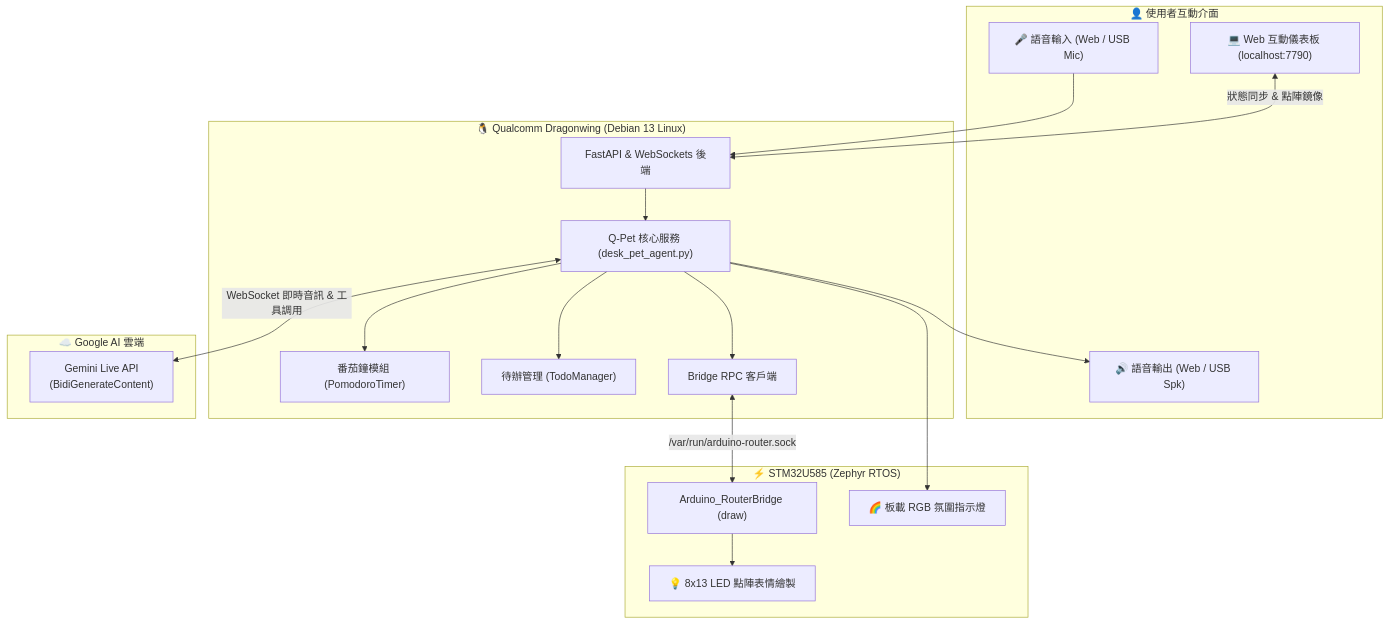
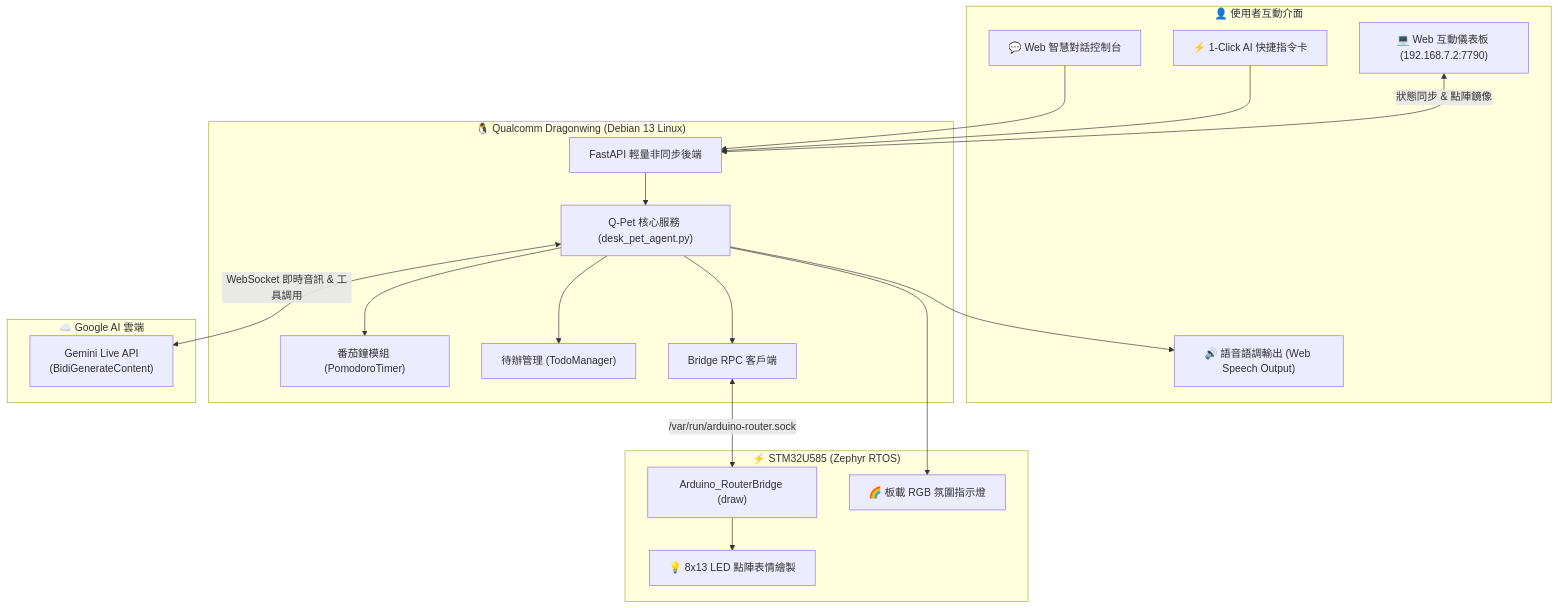
Before and after one commit to 411221305/115-1_AIOT_Q-WorkMate: the diagram in README.md, drawn with Mermaid. The commit also changed other lines of this file, not shown here.

Commit message:
Update README.md architecture diagram and interaction flow

````diff
--- a/README.md
+++ b/README.md
@@ -48,40 +49,42 @@
 ```mermaid
 flowchart TD
     subgraph User["👤 使用者互動介面"]
-        Mic["🎤 語音輸入 (Web / USB Mic)"]
-        Spk["🔊 語音輸出 (Web / USB Spk)"]
-        WebUI["💻 Web 互動儀表板 (localhost:7790)"]
+        WebPrompt["💬 Web 智慧對話控制台"]
+        WebAction["⚡ 1-Click AI 快捷指令卡"]
+        Spk["🔊 語音語調輸出 (Web Speech Output)"]
+        WebUI["💻 Web 互動儀表板 (192.168.7.2:7790)"]
     end
 
     subgraph MPU["🐧 Qualcomm Dragonwing (Debian 13 Linux)"]
         Agent["Q-Pet 核心服務 (desk_pet_agent.py)"]
-        FastAPI["FastAPI & WebSockets 後端"]
+        FastAPI["FastAPI 輕量非同步後端"]
         Pomo["番茄鐘模組 (PomodoroTimer)"]
         Todo["待辦管理 (TodoManager)"]
         BridgeClient["Bridge RPC 客戶端"]
     end
 
     subgraph Cloud["☁️ Google AI 雲端"]
         Gemini["Gemini Live API\n(BidiGenerateContent)"]
     end
 
     subgraph MCU["⚡ STM32U585 (Zephyr RTOS)"]
         BridgeServer["Arduino_RouterBridge (draw)"]
         LEDMatrix["💡 8x13 LED 點陣表情繪製"]
         RGBLED["🌈 板載 RGB 氛圍指示燈"]
     end
 
-    Mic --> FastAPI
+    WebPrompt --> FastAPI
+    WebAction --> FastAPI
     FastAPI --> Agent
     Agent <-->|WebSocket 即時音訊 & 工具調用| Gemini
     Agent --> Spk
     WebUI <-->|狀態同步 & 點陣鏡像| FastAPI
 
     Agent --> Pomo
     Agent --> Todo
     Agent --> BridgeClient
     BridgeClient <-->|/var/run/arduino-router.sock| BridgeServer
 
     BridgeServer --> LEDMatrix
     Agent --> RGBLED
 ```
````
